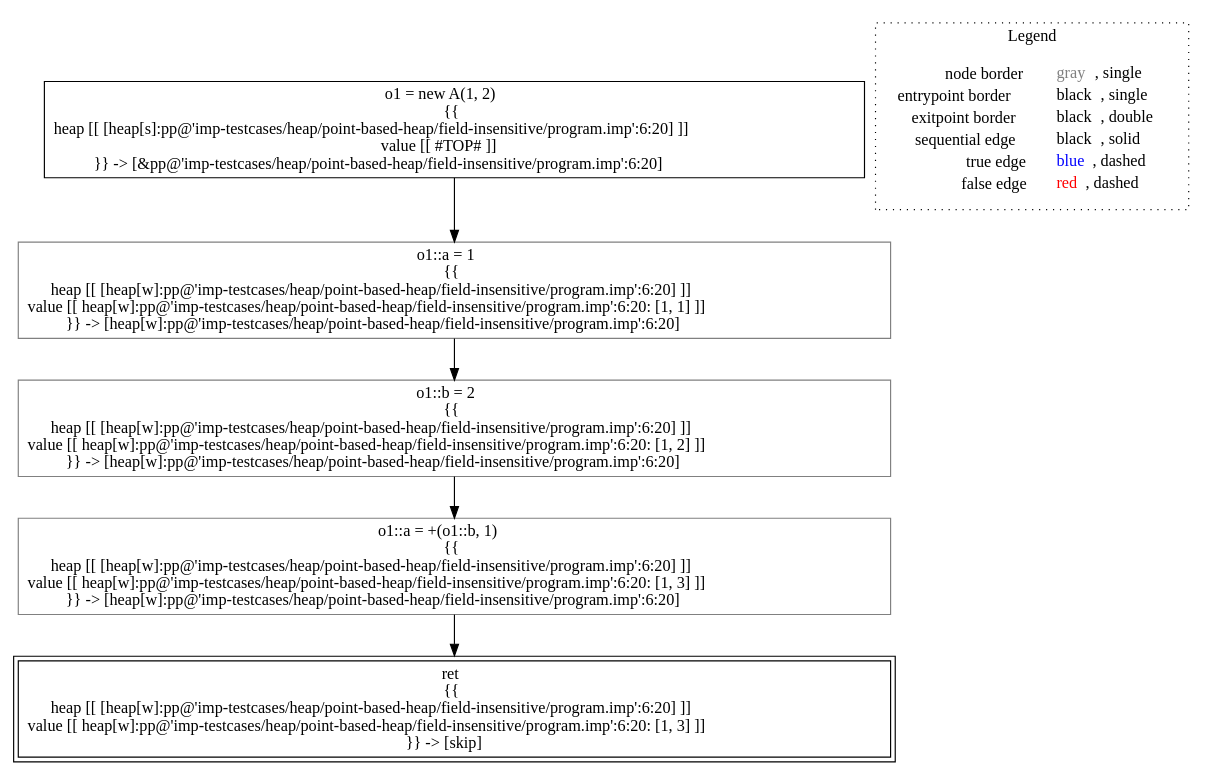
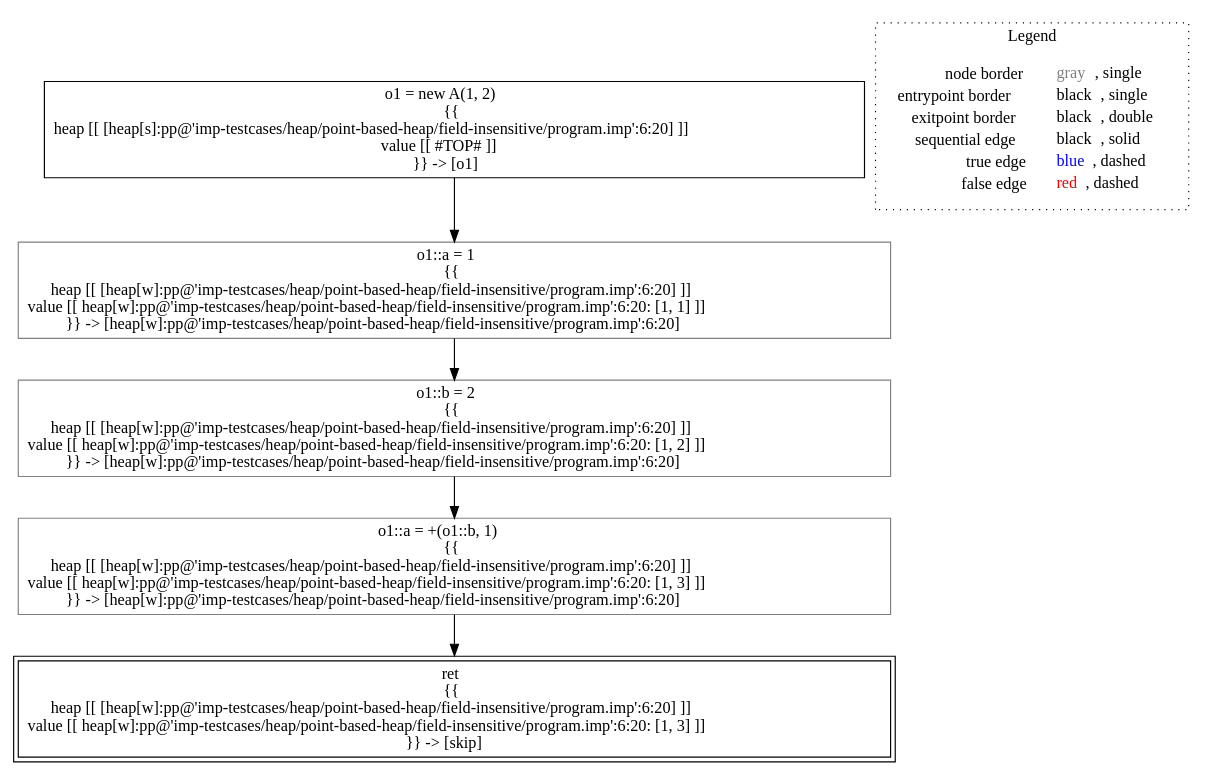
The diagram in lisa/imp-testcases/heap/point-based-heap/field-insensitive/analysis___untyped_A.f1(A_this).dot (lisa-analyzer/lisa), drawn with Graphviz before and after one commit. The commit also changed 33 other files, not shown here.

Commit message:
#95 refactored new heap symbolic expressions, removed rewriting in analysis state small step semantics and assign methods, point based heap tests

```diff
--- a/lisa/imp-testcases/heap/point-based-heap/field-insensitive/analysis___untyped_A.f1(A_this).dot
+++ b/lisa/imp-testcases/heap/point-based-heap/field-insensitive/analysis___untyped_A.f1(A_this).dot
@@ -1,18 +1,18 @@
 digraph {
-	"node0" [shape="rect",color="black",label=<o1 = new A(1, 2)<BR/>{{<BR/>heap [[ [heap[s]:pp@'imp-testcases/heap/point-based-heap/field-insensitive/program.imp':6:20] ]]<BR/>value [[ #TOP# ]]<BR/>}} -&gt; [&amp;pp@'imp-testcases/heap/point-based-heap/field-insensitive/program.imp':6:20]>];
+	"node0" [shape="rect",color="black",label=<o1 = new A(1, 2)<BR/>{{<BR/>heap [[ [heap[s]:pp@'imp-testcases/heap/point-based-heap/field-insensitive/program.imp':6:20] ]]<BR/>value [[ #TOP# ]]<BR/>}} -&gt; [o1]>];
 	"node1" [shape="rect",color="gray",label=<o1::a = 1<BR/>{{<BR/>heap [[ [heap[w]:pp@'imp-testcases/heap/point-based-heap/field-insensitive/program.imp':6:20] ]]<BR/>value [[ heap[w]:pp@'imp-testcases/heap/point-based-heap/field-insensitive/program.imp':6:20: [1, 1] ]]<BR/>}} -&gt; [heap[w]:pp@'imp-testcases/heap/point-based-heap/field-insensitive/program.imp':6:20]>];
 	"node2" [shape="rect",color="gray",label=<o1::b = 2<BR/>{{<BR/>heap [[ [heap[w]:pp@'imp-testcases/heap/point-based-heap/field-insensitive/program.imp':6:20] ]]<BR/>value [[ heap[w]:pp@'imp-testcases/heap/point-based-heap/field-insensitive/program.imp':6:20: [1, 2] ]]<BR/>}} -&gt; [heap[w]:pp@'imp-testcases/heap/point-based-heap/field-insensitive/program.imp':6:20]>];
 	"node3" [shape="rect",color="gray",label=<o1::a = +(o1::b, 1)<BR/>{{<BR/>heap [[ [heap[w]:pp@'imp-testcases/heap/point-based-heap/field-insensitive/program.imp':6:20] ]]<BR/>value [[ heap[w]:pp@'imp-testcases/heap/point-based-heap/field-insensitive/program.imp':6:20: [1, 3] ]]<BR/>}} -&gt; [heap[w]:pp@'imp-testcases/heap/point-based-heap/field-insensitive/program.imp':6:20]>];
 	"node4" [shape="rect",color="black",peripheries="2",label=<ret<BR/>{{<BR/>heap [[ [heap[w]:pp@'imp-testcases/heap/point-based-heap/field-insensitive/program.imp':6:20] ]]<BR/>value [[ heap[w]:pp@'imp-testcases/heap/point-based-heap/field-insensitive/program.imp':6:20: [1, 3] ]]<BR/>}} -&gt; [skip]>];
 	"node1" -> "node2" [color="black"];
 	"node2" -> "node3" [color="black"];
 	"node3" -> "node4" [color="black"];
 	"node0" -> "node1" [color="black"];
 subgraph cluster_legend {
 	label="Legend";
 	style=dotted;
 	node [shape=plaintext];
 	"legend" [label=<<table border="0" cellpadding="2" cellspacing="0" cellborder="0"><tr><td align="right">node border&nbsp;</td><td align="left"><font color="gray">gray</font>, single</td></tr><tr><td align="right">entrypoint border&nbsp;</td><td align="left"><font color="black">black</font>, single</td></tr><tr><td align="right">exitpoint border&nbsp;</td><td align="left"><font color="black">black</font>, double</td></tr><tr><td align="right">sequential edge&nbsp;</td><td align="left"><font color="black">black</font>, solid</td></tr><tr><td align="right">true edge&nbsp;</td><td align="left"><font color="blue">blue</font>, dashed</td></tr><tr><td align="right">false edge&nbsp;</td><td align="left"><font color="red">red</font>, dashed</td></tr></table>>];
 }
 
 }
```
